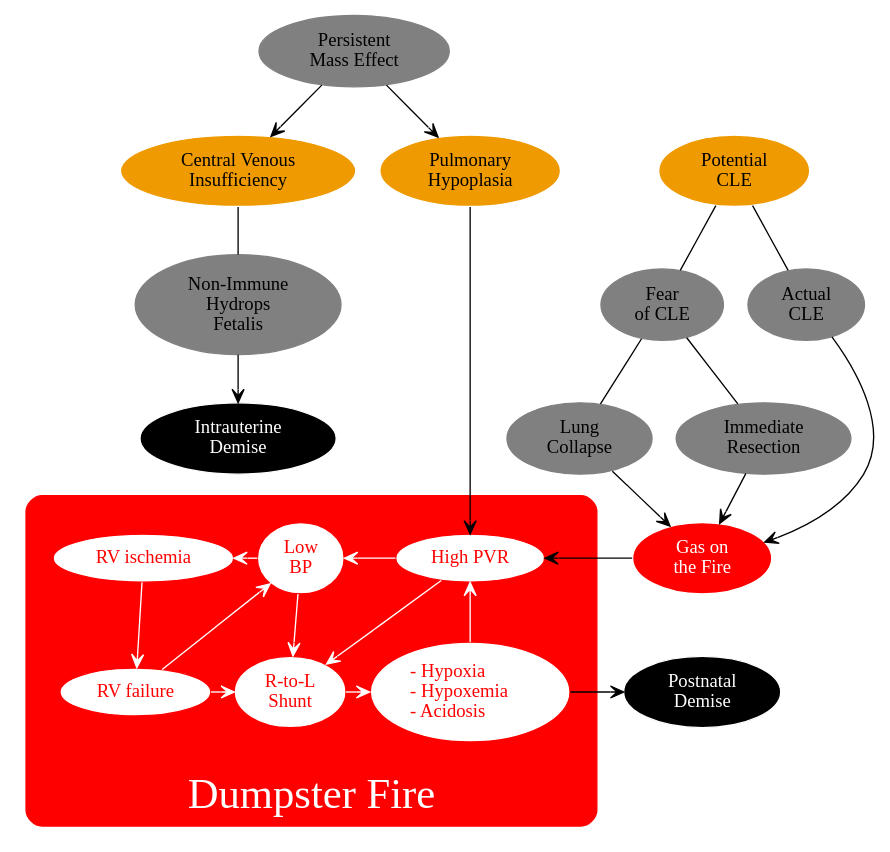
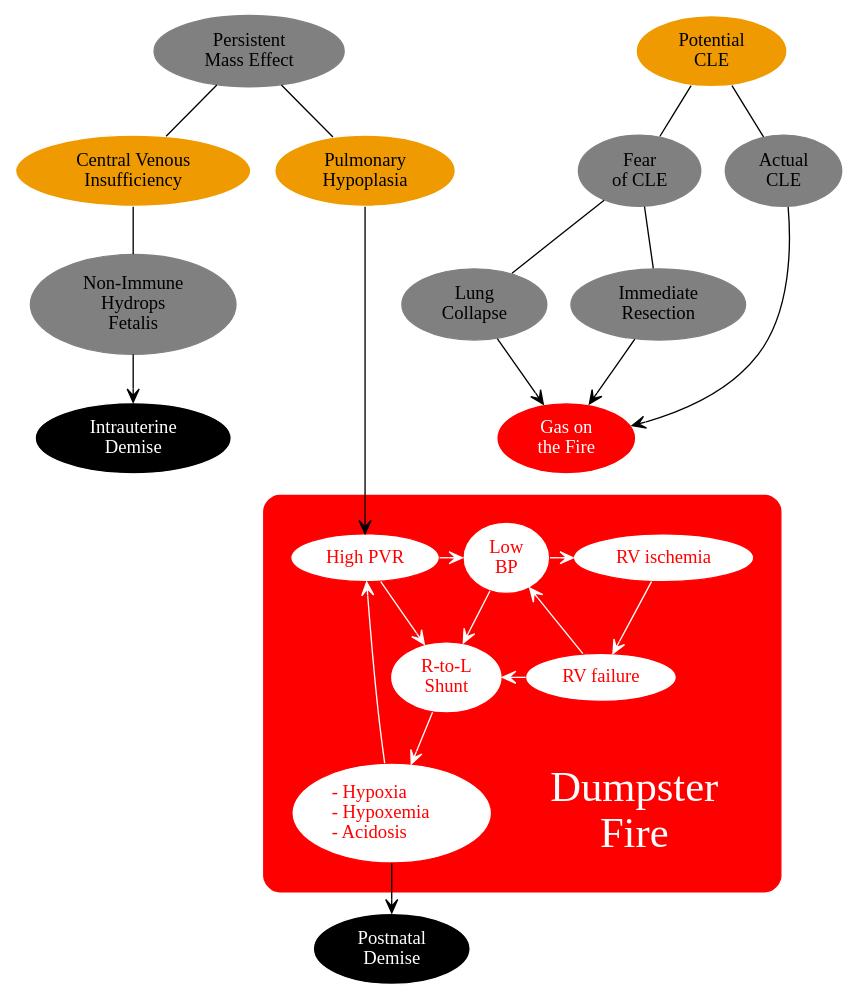
Before and after one commit to mdtsandman/CLO: the diagram in CLO3.dot, drawn with Graphviz. The commit also changed 2 other files, not shown here.

```diff
--- a/CLO3.dot
+++ b/CLO3.dot
@@ -1,89 +1,76 @@
 digraph Risks {
 
 rankdir=TB;
 newrank=true;
 compound=true;
 
 node [color=grey style=filled fillcolor=grey];
-edge [arrowhead=vee];
+edge [arrowhead=none];
 
 PME [label="Persistent\nMass Effect"];
 PHP [label="Pulmonary\nHypoplasia" fillcolor=orange2 color=white];
 CVP [label="Central Venous\nInsufficiency" fillcolor=orange2 color=white];
 MaybeCLE [label="Potential\nCLE" fillcolor=orange2 color=white];
 NIHF [label="Non-Immune\nHydrops\nFetalis"];
 OR [label="Immediate\nResection"];
 Fear [label="Fear\nof CLE"];
 FRC [label="Lung\nCollapse"];
 CLE [label="Actual\nCLE"];
 IUD [label="Intrauterine\nDemise" style=filled fillcolor=black color=white fontcolor=white];
 Death [label="Postnatal\nDemise" style=filled fillcolor=black color=white fontcolor=white];
 Catalyst [label="Gas on\nthe Fire" fontcolor=white style=filled fillcolor=red color=white];
 
 subgraph ClusterFuck {
 
 	style=rounded;
 	margin=20;
 	color=red;
 	bgcolor=red;
-	fontcolor=white;
-	fontsize=32;
-	label="Dumpster Fire";
-	labelloc=b;
 
 	node [fillcolor=white color=red fontcolor=red];
-	edge [color=white];
+	edge [arrowhead=vee color=white];
+
+	Label [label="Dumpster\nFire" shape=box fontsize=32 fontcolor=white fillcolor=red color=red];
 
 	RVI [label="RV ischemia"];
 	RVF [label="RV failure"];
 	
-	subgraph ClusterTriad {
-
-		label="";
-		margin=0;
-		PHTN [label="High PVR"];
-		Shunt [label="R-to-L\nShunt"];
-		LowBP [label="Low\nBP"];
-		Badness [label="- Hypoxia\l- Hypoxemia\l- Acidosis\l"];
-	
-		PHTN -> LowBP -> Shunt -> Badness;
-
-	}
-	
+	PHTN [label="High PVR"];
+	Shunt [label="R-to-L\nShunt"];
+	LowBP [label="Low\nBP"];
+	Badness [label="- Hypoxia\l- Hypoxemia\l- Acidosis\l"];
+	PHTN -> LowBP -> Shunt -> Badness;
 	PHTN -> Shunt;
-	Badness -> PHTN[weight=200];
+	Badness -> PHTN;
 	RVF -> LowBP;
 	RVF -> Shunt;
 	LowBP -> RVI;
 	RVI -> RVF;
 
 	{rank=same PHTN LowBP RVI};
 	{rank=same RVF Shunt};
+	{rank=same Badness Label};
 
 }
 
-{rank=same CVP PHP MaybeCLE};
-{rank=same NIHF Fear CLE};
-{rank=same IUD FRC OR};
-{rank=same PHTN Catalyst};
-{rank=same Badness Shunt Death};
+{rank=same PME MaybeCLE};
+{rank=same CVP PHP Fear CLE};
+{rank=same NIHF FRC OR};
+{rank=same IUD Catalyst};
 
 PME -> {CVP PHP};
-CVP -> NIHF [arrowhead=none weight=100];
-NIHF -> IUD [weight=100];
-MaybeCLE -> {Fear CLE}[arrowhead=none];
-Fear -> FRC [arrowhead=none];
-Fear -> OR [arrowhead=none];
-PHP -> PHTN [weight=200]
-FRC -> Catalyst [weight=100];
-OR -> Catalyst [weight=100];
-CLE -> Catalyst;
-Catalyst -> PHTN;
-Badness -> Death;
+CVP -> NIHF [weight=100];
+NIHF -> IUD [arrowhead=vee weight=100];
+MaybeCLE -> {Fear CLE};
+Fear -> FRC;
+Fear -> OR;
+PHP -> PHTN [arrowhead=vee weight=200]
+FRC -> Catalyst [arrowhead=vee weight=100];
+OR -> Catalyst [arrowhead=vee weight=100];
+CLE -> Catalyst [arrowhead=vee];
+Catalyst -> PHTN [style=invis arrowhead=vee];
+Badness -> Death  [arrowhead=vee];
 
-NIHF -> Fear -> CLE [style=invis];
-IUD -> FRC -> OR [style=invis];
-PHTN -> Catalyst [style=invis];
-Catalyst -> Death [style=invis weight=100];
+CVP -> PHP [style=invis weight=500];
 
 }
```
